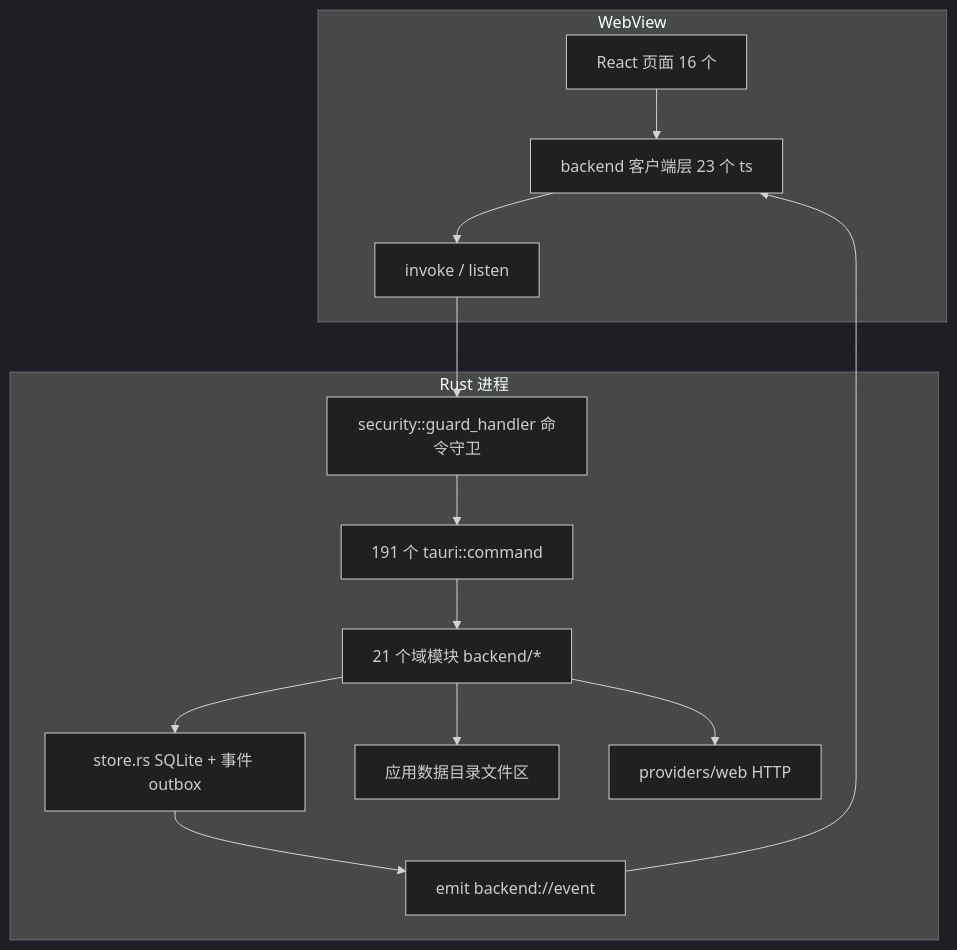
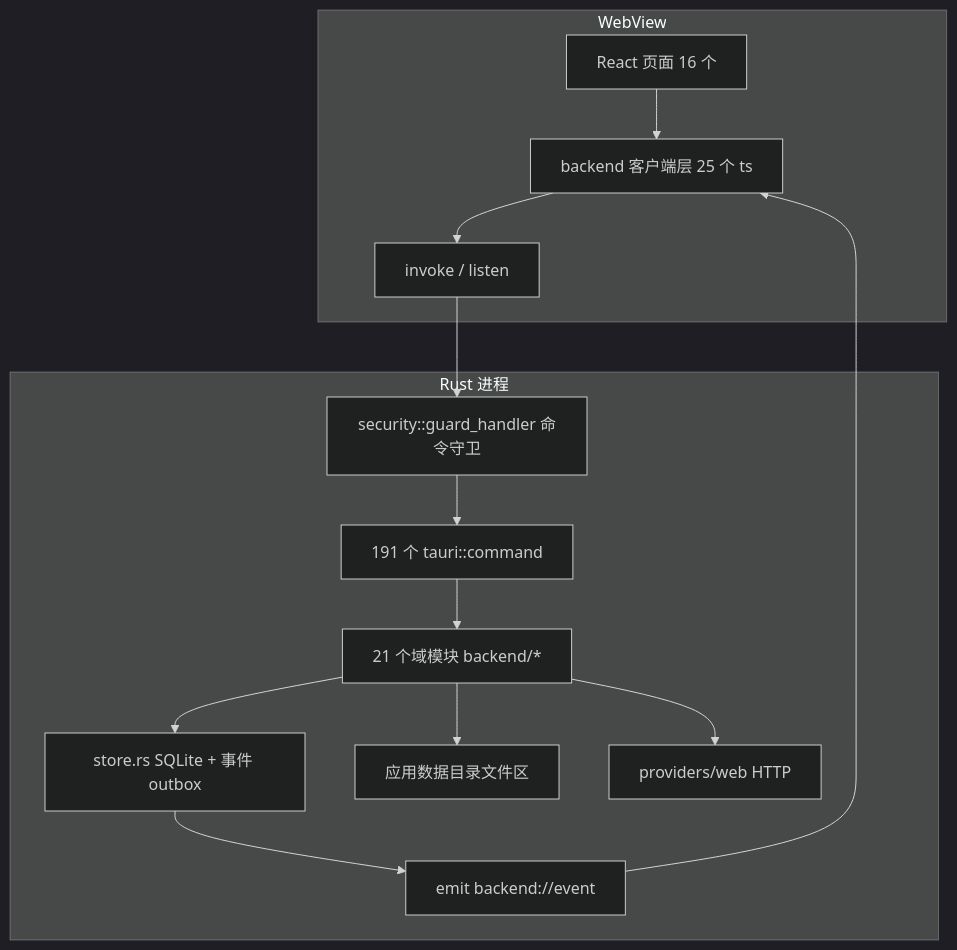
The first of 5 diagrams in docs/architecture/01-architecture.md (hershate/Deep-tutor), drawn with Mermaid (dark theme) before and after one commit. The commit also changed other lines of this file and 17 other files, not shown here.

````diff
--- a/docs/architecture/01-architecture.md
+++ b/docs/architecture/01-architecture.md
@@ -9,17 +9,17 @@
 ```mermaid
 graph TD
     subgraph WebView
-        P[React 页面 16 个] --> CL[backend 客户端层 23 个 ts]
+        P[React 页面 16 个] --> CL[backend 客户端层 25 个 ts]
         CL --> IP[invoke / listen]
     end
     subgraph Rust 进程
         IP --> GH[security::guard_handler 命令守卫]
         GH --> CMD[191 个 tauri::command]
         CMD --> DOM[21 个域模块 backend/*]
         DOM --> ST[store.rs SQLite + 事件 outbox]
         DOM --> FS[应用数据目录文件区]
         DOM --> NET[providers/web HTTP]
         ST --> EMIT[emit backend://event]
     end
     EMIT --> CL
 ```
````
